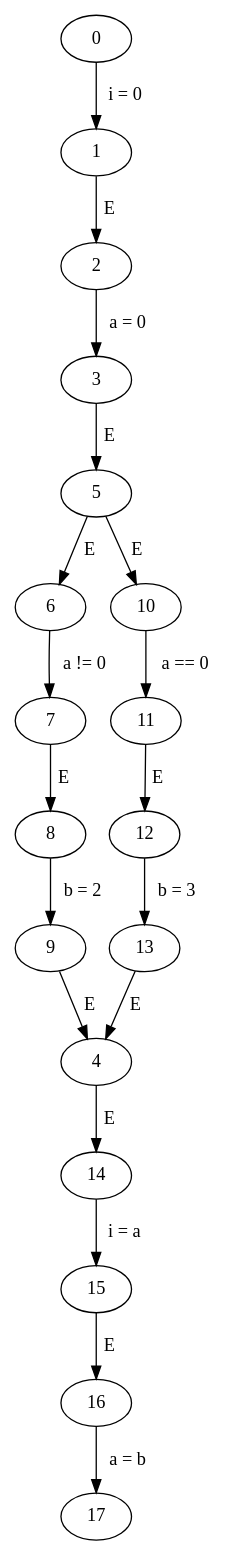
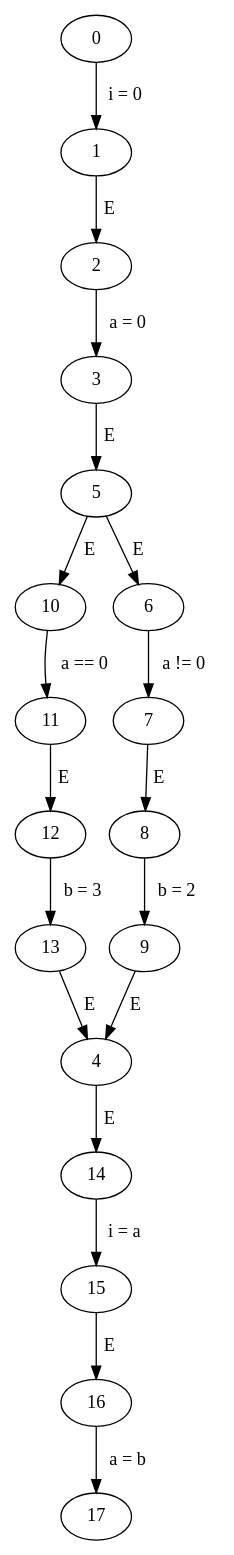
The diagram in code/norm_cfgs/if/if.gv (Harman309/project6), drawn with Graphviz before and after one commit. The commit also changed other lines of this file and 39 other files, not shown here.

```diff
--- a/code/norm_cfgs/if/if.gv
+++ b/code/norm_cfgs/if/if.gv
@@ -1,21 +1,21 @@
 // if
 digraph {
-	3 -> 5 [label=" E "]
-	0 -> 1 [label=" i = 0 "]
-	8 -> 9 [label=" b = 2 "]
-	6 -> 7 [label=" a != 0 "]
-	5 -> 10 [label=" E "]
-	11 -> 12 [label=" E "]
-	1 -> 2 [label=" E "]
+	13 -> 4 [label=" E "]
+	2 -> 3 [label=" a = 0 "]
 	7 -> 8 [label=" E "]
+	15 -> 16 [label=" E "]
 	12 -> 13 [label=" b = 3 "]
-	9 -> 4 [label=" E "]
 	10 -> 11 [label=" a == 0 "]
 	4 -> 14 [label=" E "]
-	13 -> 4 [label=" E "]
+	0 -> 1 [label=" i = 0 "]
+	5 -> 10 [label=" E "]
+	1 -> 2 [label=" E "]
+	14 -> 15 [label=" i = a "]
+	9 -> 4 [label=" E "]
+	5 -> 6 [label=" E "]
 	16 -> 17 [label=" a = b "]
-	2 -> 3 [label=" a = 0 "]
-	5 -> 6 [label=" E "]
-	15 -> 16 [label=" E "]
-	14 -> 15 [label=" i = a "]
+	11 -> 12 [label=" E "]
+	8 -> 9 [label=" b = 2 "]
+	3 -> 5 [label=" E "]
+	6 -> 7 [label=" a != 0 "]
 }
```
